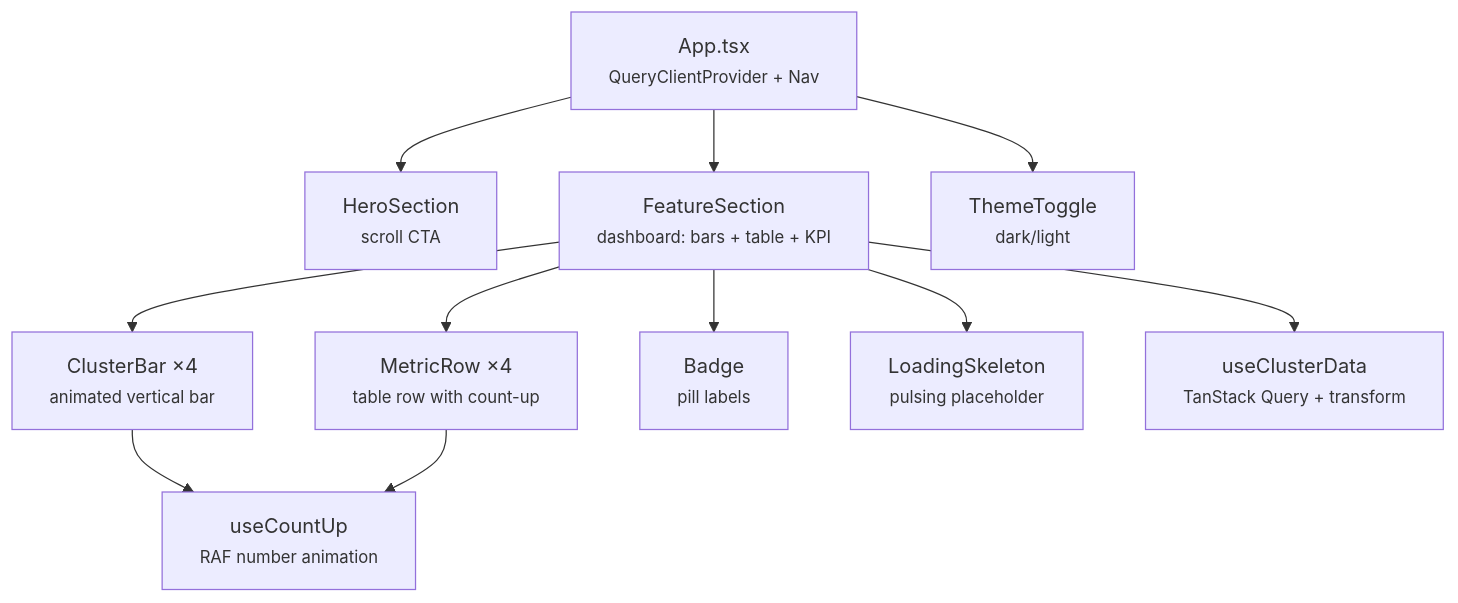
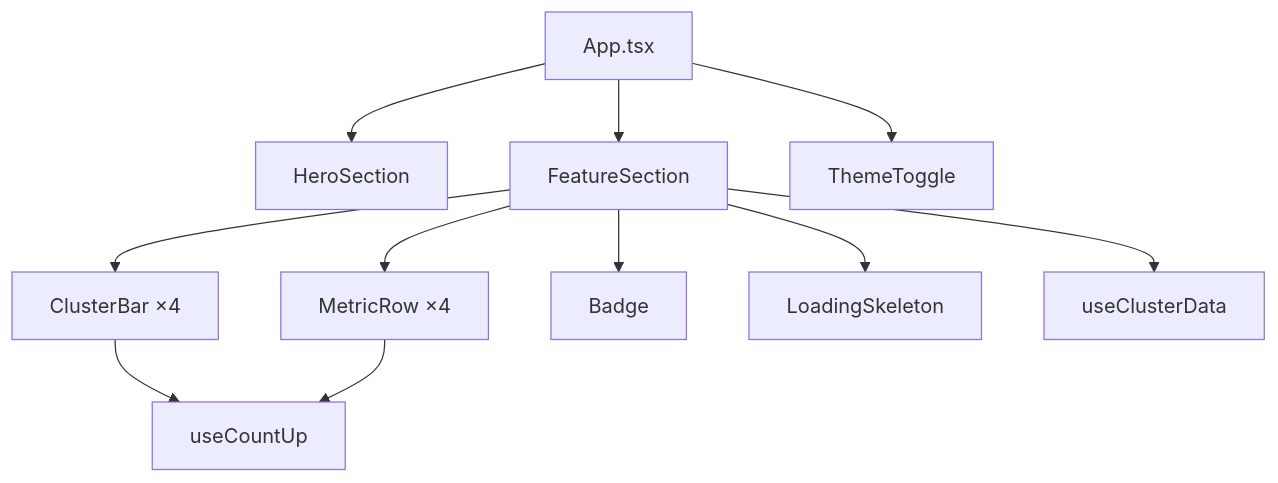
One commit to AJKakarot/atomity-challenge changed the second of 2 diagrams in README.md. Above: the diagram before and after it, drawn with Mermaid. The commit also changed other lines of this file, not shown here.

````diff
--- a/README.md
+++ b/README.md
@@ -126,17 +53,14 @@
 ```mermaid
 graph TD
-  App["App.tsx<br/><small>QueryClientProvider + Nav</small>"]
-  App --> Hero["HeroSection<br/><small>scroll CTA</small>"]
-  App --> Feature["FeatureSection<br/><small>dashboard: bars + table + KPI</small>"]
-
-  Feature --> ClusterBar["ClusterBar ×4<br/><small>animated vertical bar</small>"]
-  Feature --> MetricRow["MetricRow ×4<br/><small>table row with count-up</small>"]
-  Feature --> Badge["Badge<br/><small>pill labels</small>"]
-  Feature --> Skeleton["LoadingSkeleton<br/><small>pulsing placeholder</small>"]
-
-  ClusterBar --> useCountUp["useCountUp<br/><small>RAF number animation</small>"]
+  App["App.tsx"]
+  App --> Hero["HeroSection"]
+  App --> Feature["FeatureSection"]
+  Feature --> ClusterBar["ClusterBar ×4"]
+  Feature --> MetricRow["MetricRow ×4"]
+  Feature --> Badge["Badge"]
+  Feature --> Skeleton["LoadingSkeleton"]
+  ClusterBar --> useCountUp["useCountUp"]
   MetricRow --> useCountUp
-  Feature --> useClusterData["useClusterData<br/><small>TanStack Query + transform</small>"]
-
-  App --> ThemeToggle["ThemeToggle<br/><small>dark/light</small>"]
+  Feature --> useClusterData["useClusterData"]
+  App --> ThemeToggle["ThemeToggle"]
 ```
````
